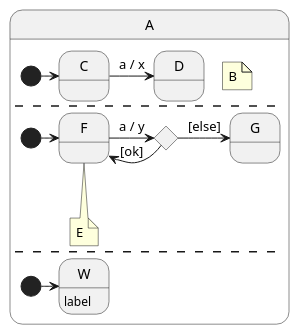
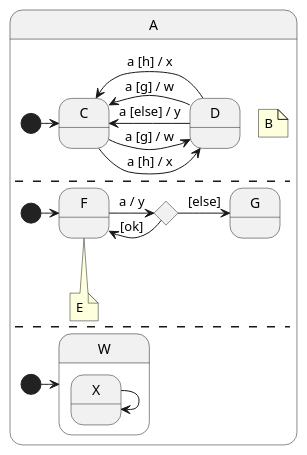
One commit to theodore-norvell/cogent changed the diagram in foo.puml. Above: the diagram before and after it, drawn with PlantUML. The commit also changed 6 other files, not shown here.

```diff
--- a/foo.puml
+++ b/foo.puml
@@ -1,23 +1,30 @@
 @startuml
     state A {
         note "B" as B
         [*] -> C
         state C
         state D
-        C -> D: a / x
+        C -> D: a [g] / w
+        C -> D: a [h] / x
+        D -> C : a [g] / w
+        D -> C : a [h] / x
+        D -> C : a [else] / y
         --
         note "E" as E
         [*] -> F
         state F
         state G
         state H <<choice>>
         F -> H: a / y
         H -> F: [ok] 
         H -> G: [else]
         F --> E : XYZ
         --
         [*] -> W
-        state W : label
+        state W {
+            state X
+            X -> X
+        }
     }
     state A
 @enduml
```
